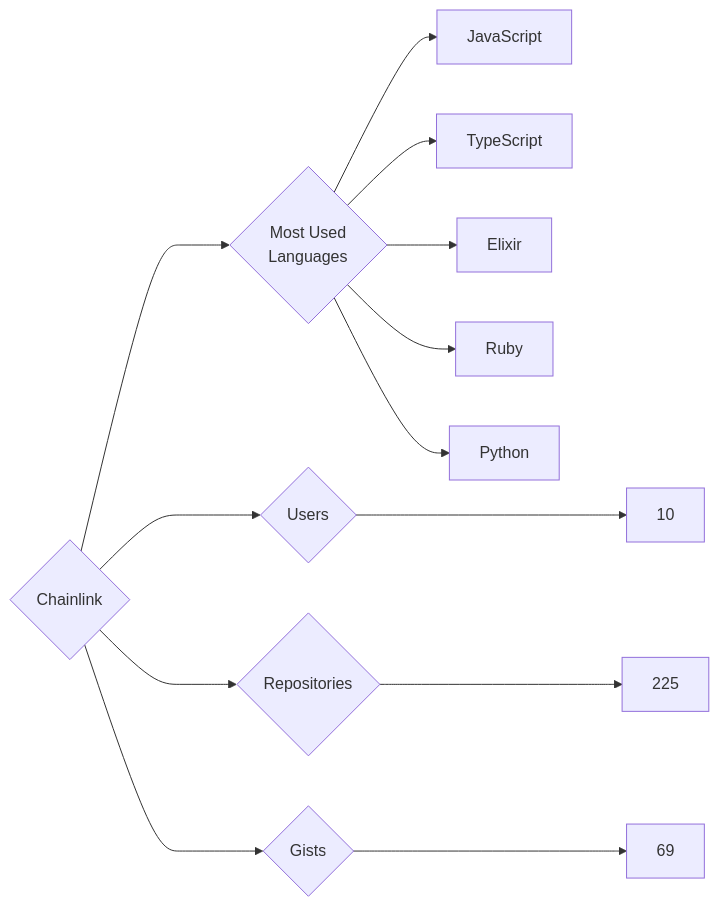
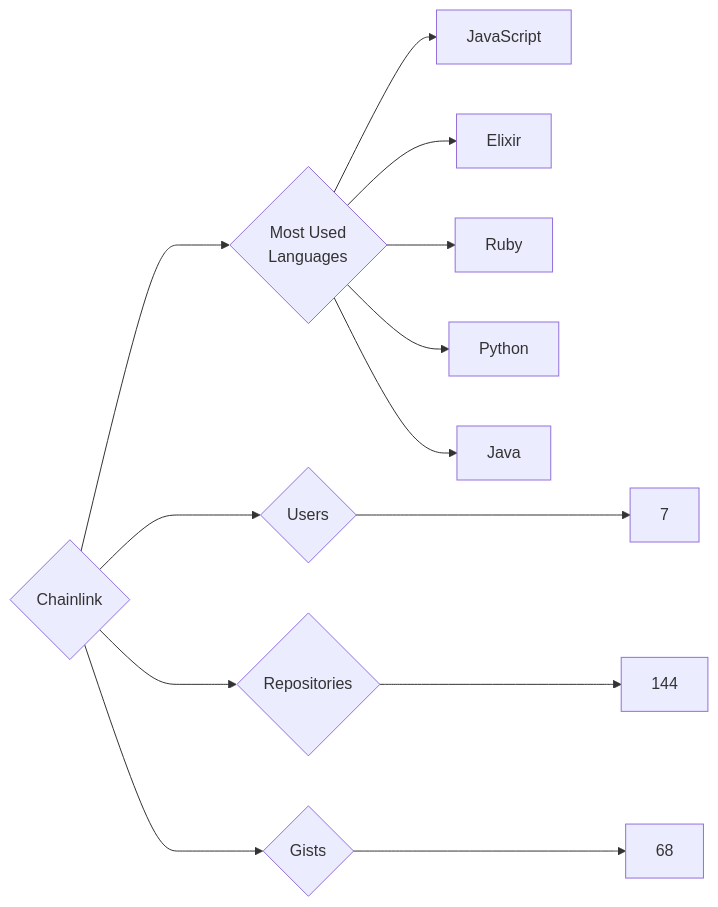
Before and after one commit to trickest/insiders: the diagram in targets/Chainlink/README.md, drawn with Mermaid. The commit also changed 880 other files, not shown here.

````diff
--- a/targets/Chainlink/README.md
+++ b/targets/Chainlink/README.md
@@ -3,13 +3,13 @@
 ```mermaid
 graph LR
 COMPANY_NAME{Chainlink}
-COMPANY_NAME ---> U{Users} ---> UN[10]
-COMPANY_NAME ---> R{Repositories} ---> RN[225]
-COMPANY_NAME ---> G{Gists} ---> GN[69]
+COMPANY_NAME ---> U{Users} ---> UN[7]
+COMPANY_NAME ---> R{Repositories} ---> RN[144]
+COMPANY_NAME ---> G{Gists} ---> GN[68]
 COMPANY_NAME ---> ML{Most Used<br>Languages}
 ML --> JavaScript[JavaScript]
-ML --> TypeScript[TypeScript]
 ML --> Elixir[Elixir]
 ML --> Ruby[Ruby]
 ML --> Python[Python]
+ML --> Java[Java]
 ```
````
